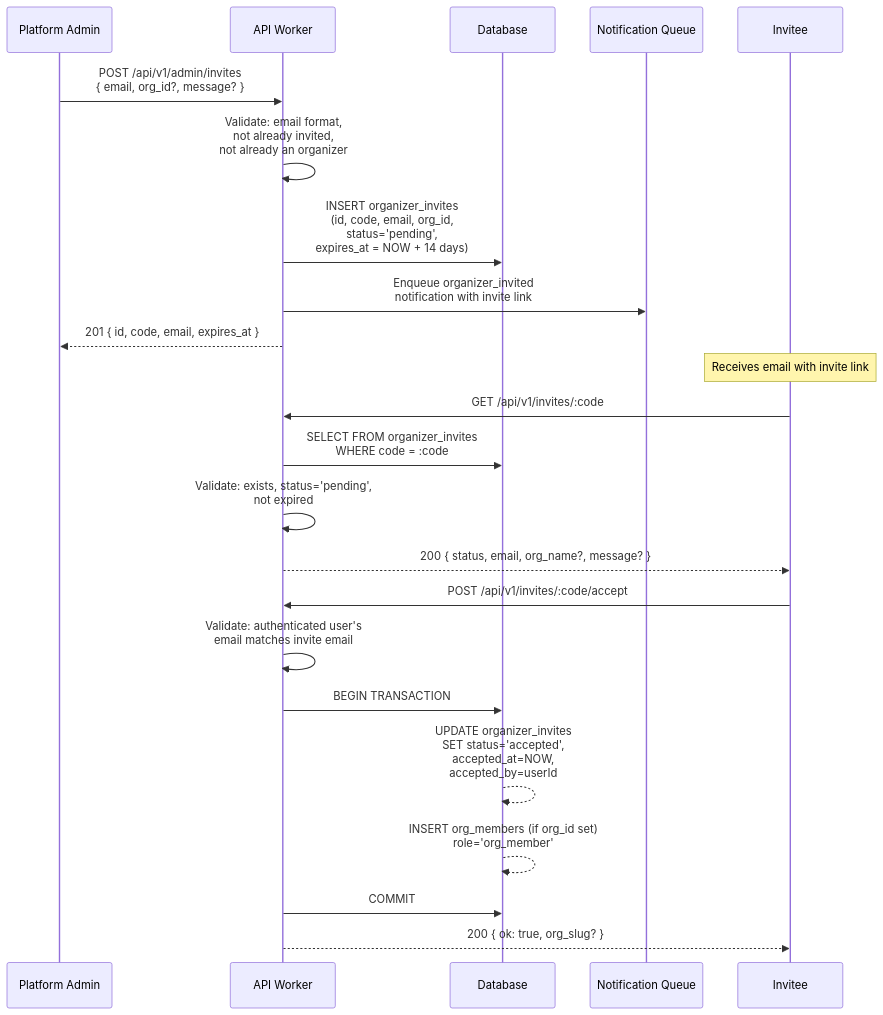
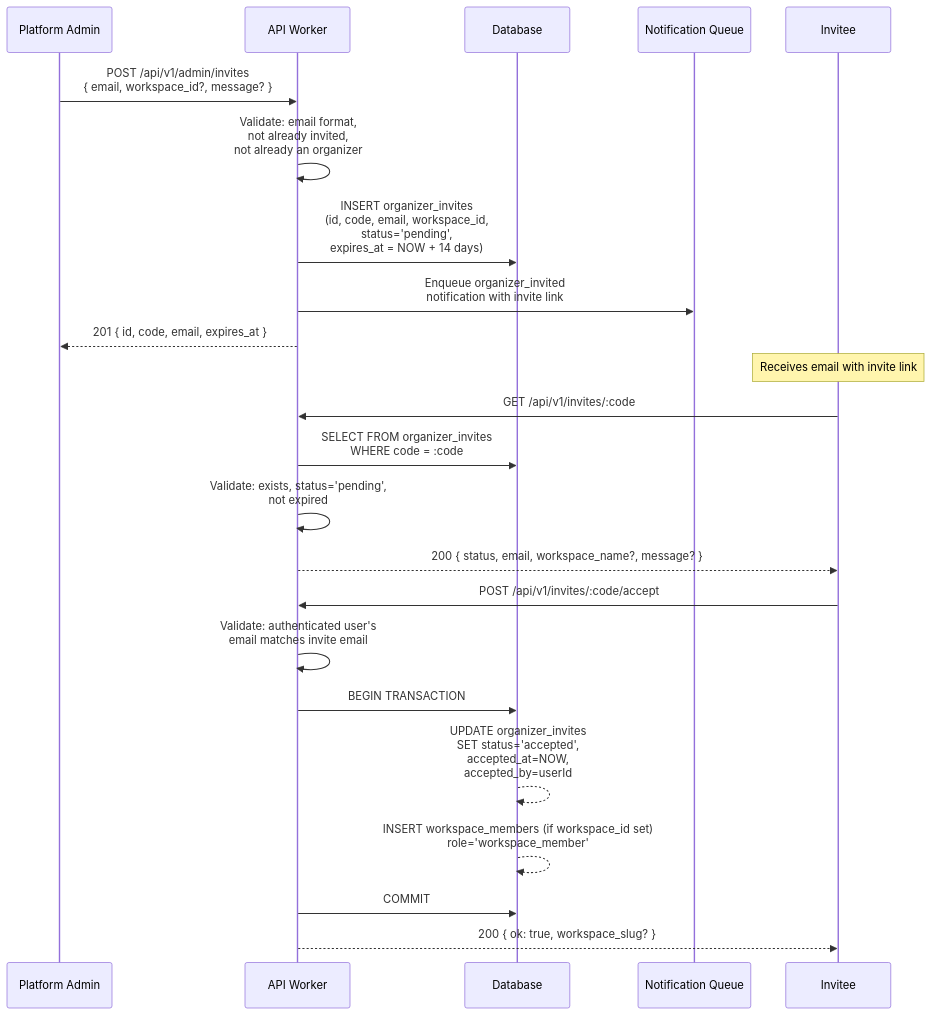
The fifth of 8 diagrams in docs/v3/planned/roles-permissions.md (devangshupandey2025-stack/DevSage), drawn with Mermaid before and after one commit. The commit also changed other lines of this file, not shown here.

First line of the commit message:
docs(roles): rename orgs to workspaces, remove custom roles and API keys

````diff
--- a/docs/v3/planned/roles-permissions.md
+++ b/docs/v3/planned/roles-permissions.md
@@ -433,29 +323,29 @@
 ```mermaid
 sequenceDiagram
     participant PA as Platform Admin
     participant API as API Worker
     participant DB as Database
     participant Email as Notification Queue
     participant Org as Invitee
 
-    PA->>API: POST /api/v1/admin/invites<br/>{ email, org_id?, message? }
+    PA->>API: POST /api/v1/admin/invites<br/>{ email, workspace_id?, message? }
     API->>API: Validate: email format,<br/>not already invited,<br/>not already an organizer
-    API->>DB: INSERT organizer_invites<br/>(id, code, email, org_id,<br/>status='pending',<br/>expires_at = NOW + 14 days)
+    API->>DB: INSERT organizer_invites<br/>(id, code, email, workspace_id,<br/>status='pending',<br/>expires_at = NOW + 14 days)
     API->>Email: Enqueue organizer_invited<br/>notification with invite link
     API-->>PA: 201 { id, code, email, expires_at }
 
     Note over Org: Receives email with invite link
 
     Org->>API: GET /api/v1/invites/:code
     API->>DB: SELECT FROM organizer_invites<br/>WHERE code = :code
     API->>API: Validate: exists, status='pending',<br/>not expired
-    API-->>Org: 200 { status, email, org_name?, message? }
+    API-->>Org: 200 { status, email, workspace_name?, message? }
 
     Org->>API: POST /api/v1/invites/:code/accept
     API->>API: Validate: authenticated user's<br/>email matches invite email
     API->>DB: BEGIN TRANSACTION
     DB-->>DB: UPDATE organizer_invites<br/>SET status='accepted',<br/>accepted_at=NOW,<br/>accepted_by=userId
-    DB-->>DB: INSERT org_members (if org_id set)<br/>role='org_member'
+    DB-->>DB: INSERT workspace_members (if workspace_id set)<br/>role='workspace_member'
     API->>DB: COMMIT
-    API-->>Org: 200 { ok: true, org_slug? }
+    API-->>Org: 200 { ok: true, workspace_slug? }
 ```
````
